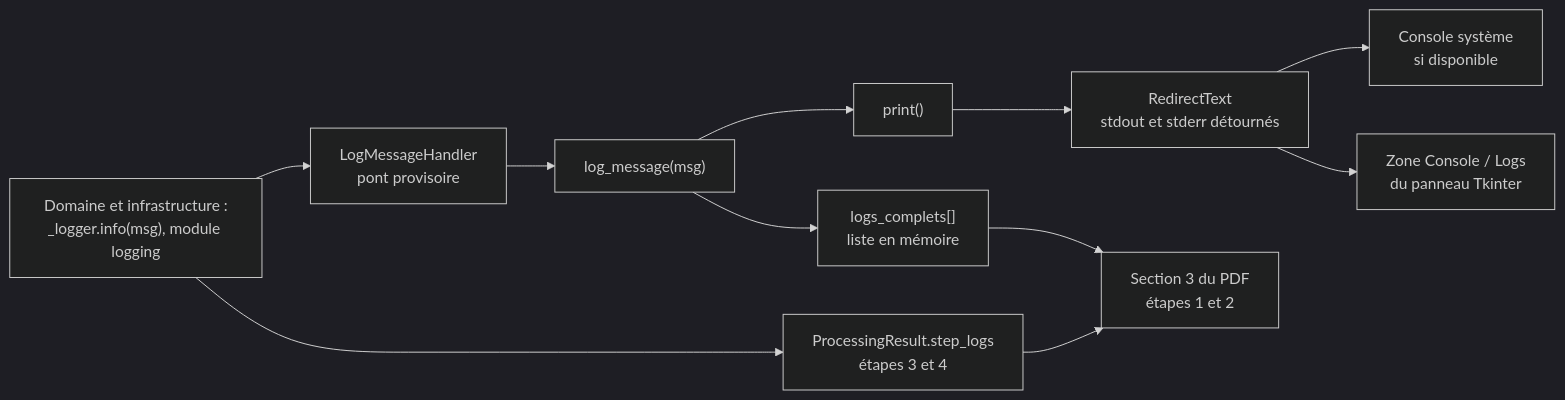
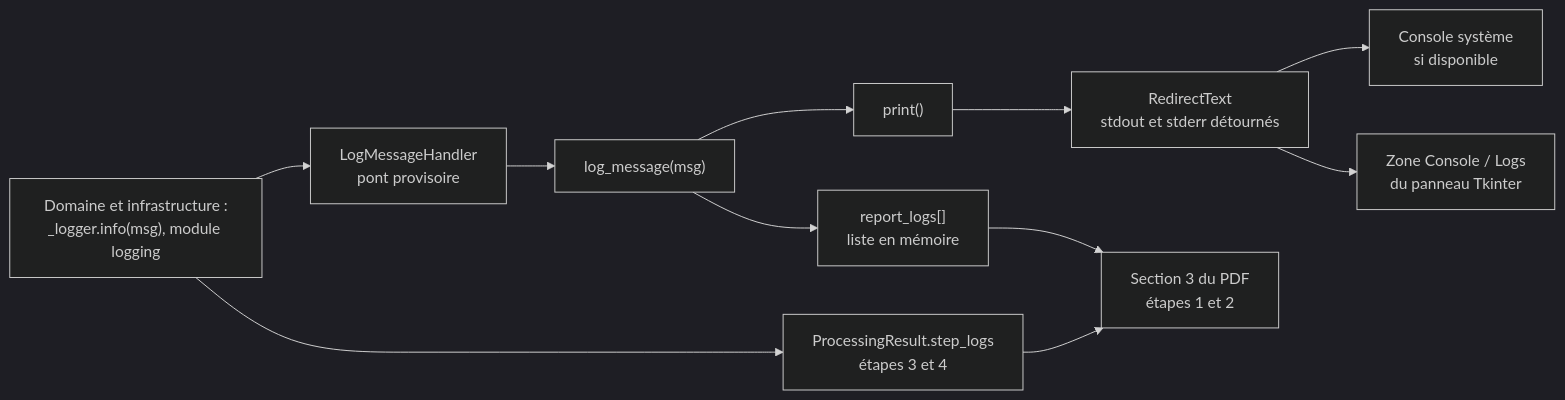
One commit to lecinquiemejour-code/PromptoDYS_app changed the eighth of 8 diagrams in doc/WORKFLOW_GEMINI.md. Above: the diagram before and after it, drawn with Mermaid (dark theme). The commit also changed other lines of this file and 6 other files, not shown here.

````diff
--- a/doc/WORKFLOW_GEMINI.md
+++ b/doc/WORKFLOW_GEMINI.md
@@ -371,12 +371,12 @@
 ```mermaid
 flowchart LR
     DOM["Domaine et infrastructure :<br/>_logger.info(msg), module logging"] --> BRIDGE["LogMessageHandler<br/>pont provisoire"]
     BRIDGE --> LM
     LM["log_message(msg)"] --> PRINT["print()"]
-    LM --> LIST["logs_complets[]<br/>liste en mémoire"]
+    LM --> LIST["report_logs[]<br/>liste en mémoire"]
     PRINT --> REDIR["RedirectText<br/>stdout et stderr détournés"]
     REDIR --> TERM["Console système<br/>si disponible"]
     REDIR --> GUI["Zone Console / Logs<br/>du panneau Tkinter"]
     LIST --> PDF["Section 3 du PDF<br/>étapes 1 et 2"]
     DOM --> STEPS["ProcessingResult.step_logs<br/>étapes 3 et 4"] --> PDF
 ```
````
